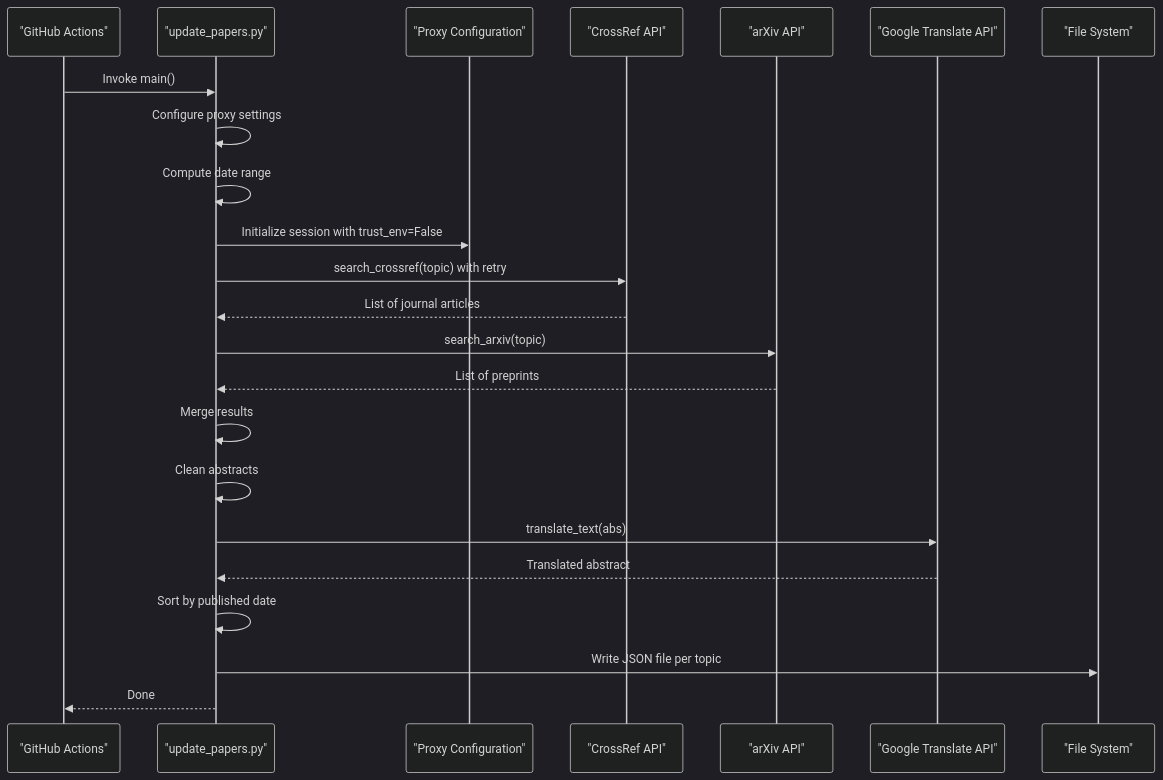
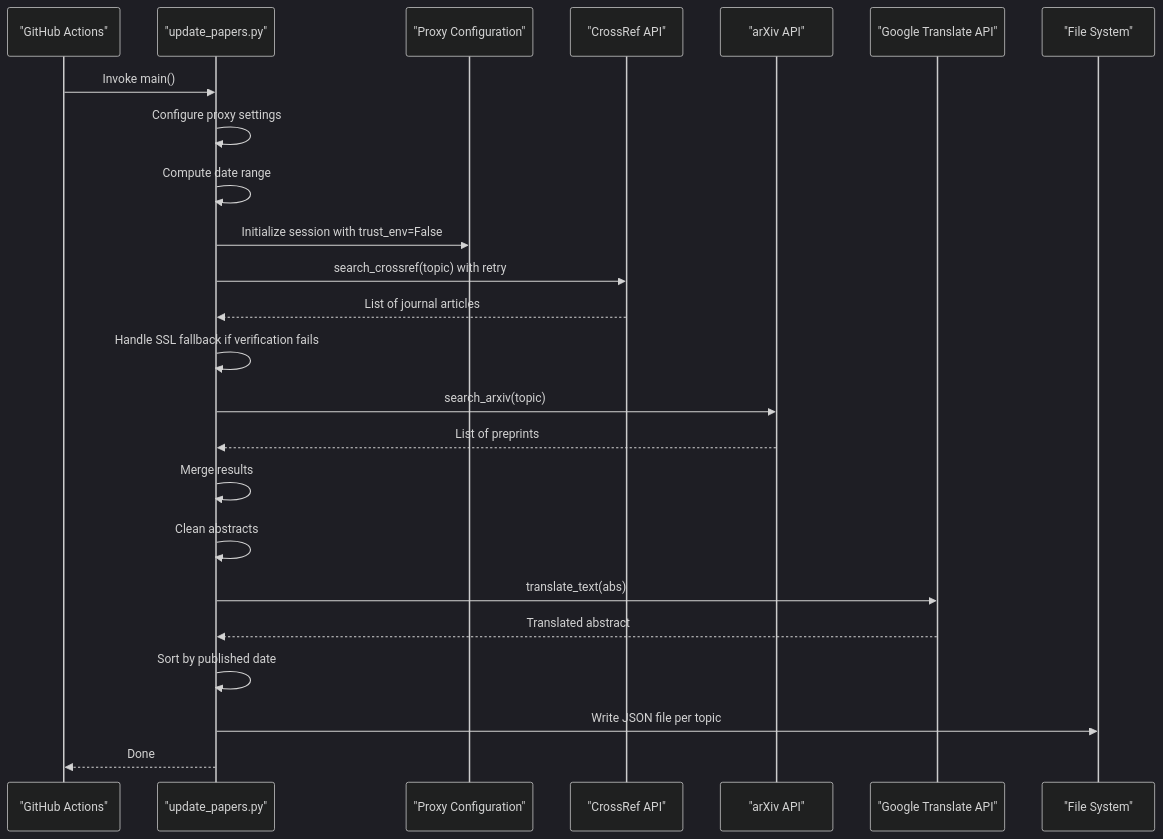
The second of 15 diagrams in .qoder/repowiki/en/content/Core Components/Paper Collection Engine.md (junxie01/cryoseismology_papers), drawn with Mermaid (dark theme) before and after one commit. The commit also changed other lines of this file and 4 other files, not shown here.

````diff
--- a/.qoder/repowiki/en/content/Core Components/Paper Collection Engine.md
+++ b/.qoder/repowiki/en/content/Core Components/Paper Collection Engine.md
@@ -127,25 +129,26 @@
 ```mermaid
 sequenceDiagram
 participant Scheduler as "GitHub Actions"
 participant Script as "update_papers.py"
 participant Proxy as "Proxy Configuration"
 participant CrossRef as "CrossRef API"
 participant Arxiv as "arXiv API"
 participant Translator as "Google Translate API"
 participant FS as "File System"
 Scheduler->>Script : Invoke main()
 Script->>Script : Configure proxy settings
 Script->>Script : Compute date range
 Script->>Proxy : Initialize session with trust_env=False
 Script->>CrossRef : search_crossref(topic) with retry
 CrossRef-->>Script : List of journal articles
+Script->>Script : Handle SSL fallback if verification fails
 Script->>Arxiv : search_arxiv(topic)
 Arxiv-->>Script : List of preprints
 Script->>Script : Merge results
 Script->>Script : Clean abstracts
 Script->>Translator : translate_text(abs)
 Translator-->>Script : Translated abstract
 Script->>Script : Sort by published date
 Script->>FS : Write JSON file per topic
 Script-->>Scheduler : Done
 ```
````
